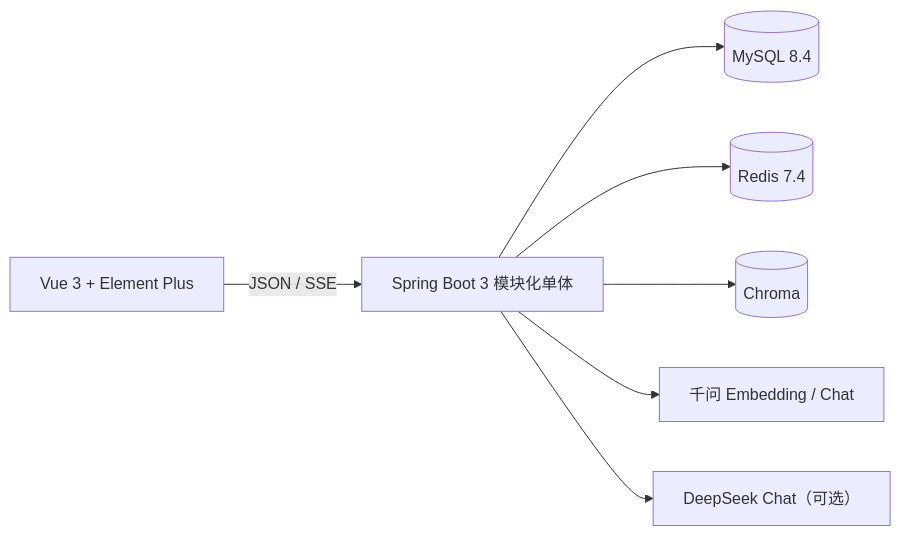
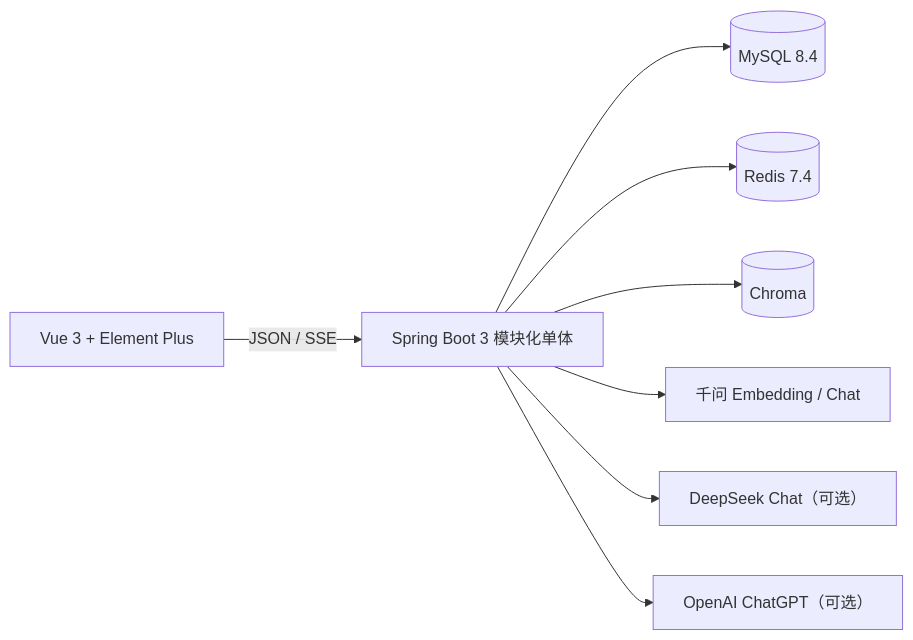
The diagram in README.md (CHD-Avril/BrainOS), drawn with Mermaid before and after one commit. The commit also changed other lines of this file and 13 other files, not shown here.

````diff
--- a/README.md
+++ b/README.md
@@ -17,9 +17,10 @@
 ```mermaid
 flowchart LR
     Browser["Vue 3 + Element Plus"] -->|JSON / SSE| API["Spring Boot 3 模块化单体"]
     API --> MySQL[(MySQL 8.4)]
     API --> Redis[(Redis 7.4)]
     API --> Chroma[(Chroma)]
     API --> Qwen["千问 Embedding / Chat"]
     API --> DeepSeek["DeepSeek Chat（可选）"]
+    API --> ChatGPT["OpenAI ChatGPT（可选）"]
 ```
````
